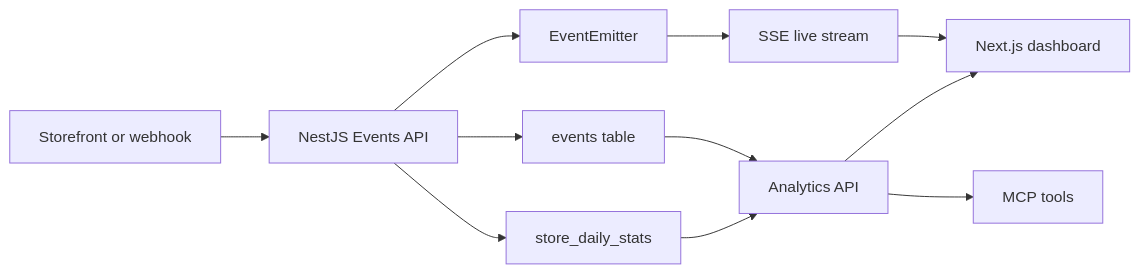
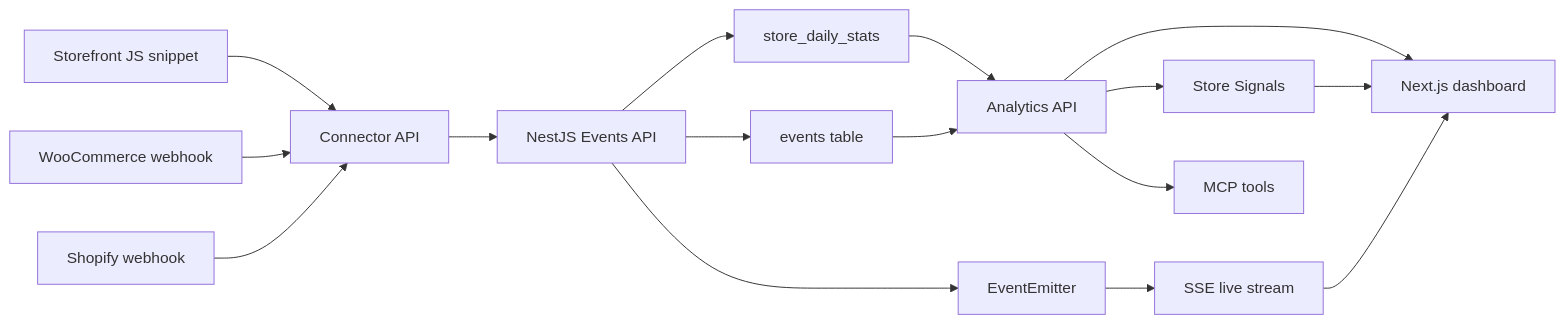
One commit to sandip-pathe/amboras-analytics changed the diagram in README.md. Above: the diagram before and after it, drawn with Mermaid. The commit also changed other lines of this file and 49 other files, not shown here.

Commit message:
feat: add Cartograph connectors and store signals

````diff
--- a/README.md
+++ b/README.md
@@ -36,13 +41,18 @@
 ```mermaid
 flowchart LR
-  Storefront["Storefront or webhook"] --> API["NestJS Events API"]
+  Storefront["Storefront JS snippet"] --> Connectors["Connector API"]
+  Woo["WooCommerce webhook"] --> Connectors
+  Shopify["Shopify webhook"] --> Connectors
+  Connectors --> API["NestJS Events API"]
   API --> Raw["events table"]
   API --> Stats["store_daily_stats"]
   API --> Bus["EventEmitter"]
   Stats --> Analytics["Analytics API"]
   Raw --> Analytics
+  Analytics --> Alerts["Store Signals"]
   Analytics --> Dashboard["Next.js dashboard"]
+  Alerts --> Dashboard
   Bus --> SSE["SSE live stream"]
   SSE --> Dashboard
   Analytics --> MCP["MCP tools"]
 ```
````
